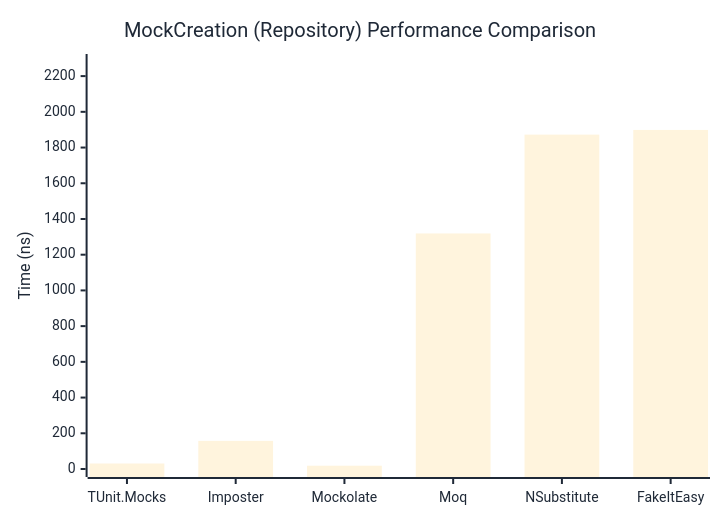
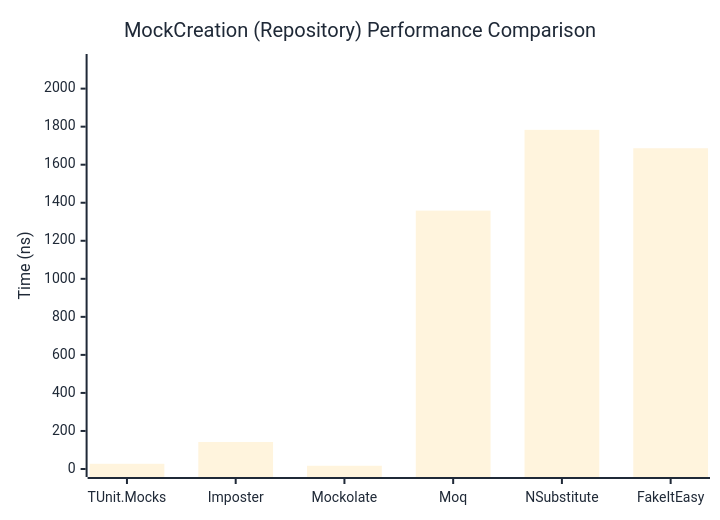
Before and after one commit to thomhurst/TUnit: the second of 2 diagrams in docs/docs/benchmarks/mocks/MockCreation.md, drawn with Mermaid. The commit also changed other lines of this file and 14 other files, not shown here.

````diff
--- a/docs/docs/benchmarks/mocks/MockCreation.md
+++ b/docs/docs/benchmarks/mocks/MockCreation.md
@@ -71,27 +71,27 @@
 ```mermaid
 %%{init: {
   'theme':'base',
   'themeVariables': {
     'primaryColor': '#2563eb',
     'primaryTextColor': '#1f2937',
     'primaryBorderColor': '#1e40af',
     'lineColor': '#6b7280',
     'secondaryColor': '#7c3aed',
     'tertiaryColor': '#dc2626',
     'background': '#ffffff',
     'pie1': '#2563eb',
     'pie2': '#7c3aed',
     'pie3': '#dc2626',
     'pie4': '#f59e0b',
     'pie5': '#10b981',
     'pie6': '#06b6d4',
     'pie7': '#ec4899',
     'pie8': '#6366f1'
   }
 }}%%
 xychart-beta
   title "MockCreation (Repository) Performance Comparison"
   x-axis ["TUnit.Mocks", "Imposter", "Mockolate", "Moq", "NSubstitute", "FakeItEasy"]
-  y-axis "Time (ns)" 0 --> 2279
-  bar [30.82, 157.54, 18.45, 1318.96, 1872.39, 1898.57]
+  y-axis "Time (ns)" 0 --> 2140
+  bar [27.44, 141.92, 17.07, 1358.62, 1783.29, 1686.55]
 ```
````
